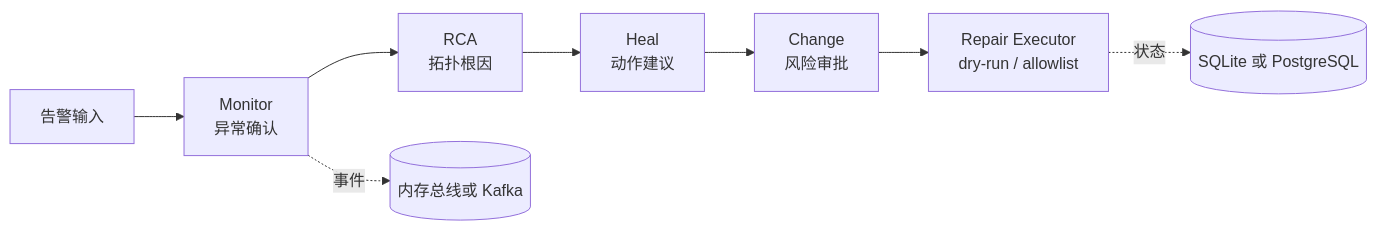
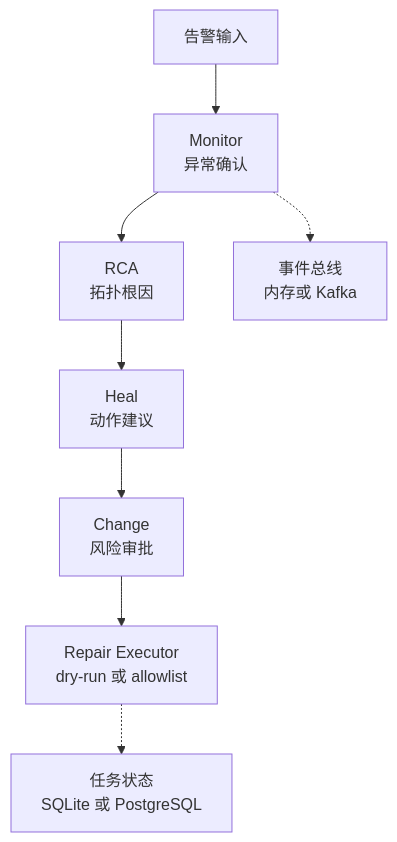
One commit to baiqijun233/EnterpriseAIOps changed the diagram in README.md. Above: the diagram before and after it, drawn with Mermaid. The commit also changed other lines of this file, not shown here.

Commit message:
docs: polish README and fix Mermaid rendering

````diff
--- a/README.md
+++ b/README.md
@@ -47,10 +71,10 @@
 ```mermaid
-flowchart LR
-    A[告警输入] --> B[Monitor\n异常确认]
-    B --> C[RCA\n拓扑根因]
-    C --> D[Heal\n动作建议]
-    D --> E[Change\n风险审批]
-    E --> F[Repair Executor\ndry-run / allowlist]
-    B -.事件.-> G[(内存总线或 Kafka)]
-    F -.状态.-> H[(SQLite 或 PostgreSQL)]
+flowchart TB
+    A["告警输入"] --> B["Monitor<br/>异常确认"]
+    B --> C["RCA<br/>拓扑根因"]
+    C --> D["Heal<br/>动作建议"]
+    D --> E["Change<br/>风险审批"]
+    E --> F["Repair Executor<br/>dry-run 或 allowlist"]
+    B -.-> G["事件总线<br/>内存或 Kafka"]
+    F -.-> H["任务状态<br/>SQLite 或 PostgreSQL"]
 ```
````
